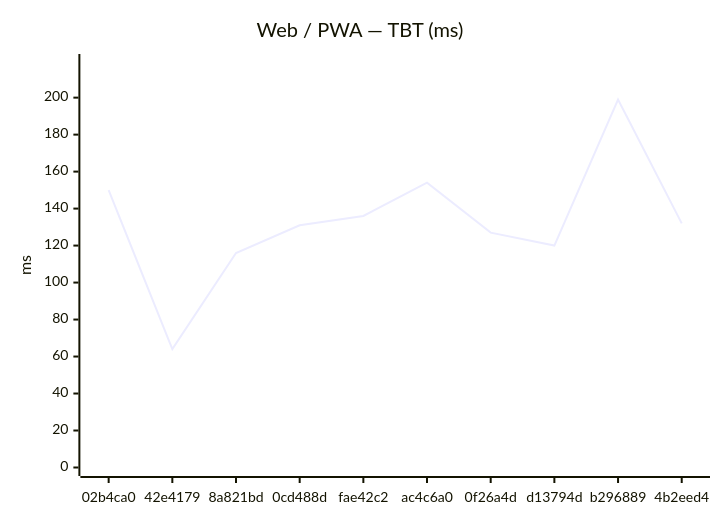
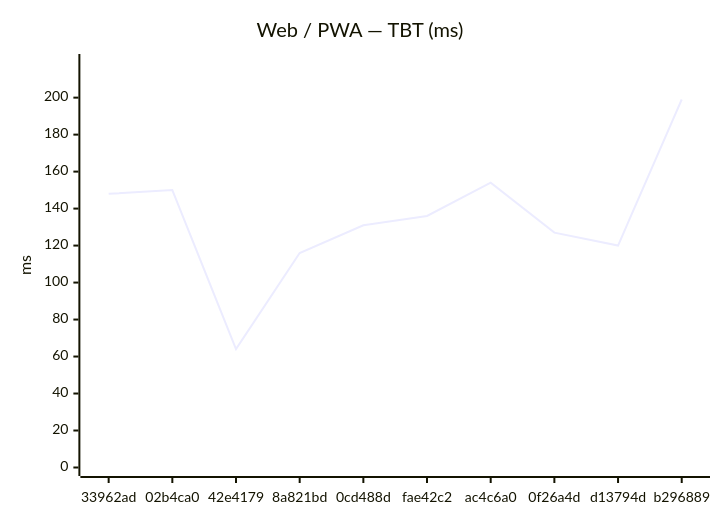
One commit to Metaheurist/Rianell changed the second of 18 diagrams in benchmarks/compare.md. Above: the diagram before and after it, drawn with Mermaid. The commit also changed other lines of this file and 11 other files, not shown here.

````diff
--- a/benchmarks/compare.md
+++ b/benchmarks/compare.md
@@ -31,7 +31,7 @@
 ```mermaid
 xychart-beta
     title "Web / PWA — TBT (ms)"
-    x-axis ["02b4ca0", "42e4179", "8a821bd", "0cd488d", "fae42c2", "ac4c6a0", "0f26a4d", "d13794d", "b296889", "4b2eed4"]
+    x-axis ["33962ad", "02b4ca0", "42e4179", "8a821bd", "0cd488d", "fae42c2", "ac4c6a0", "0f26a4d", "d13794d", "b296889"]
     y-axis "ms" 0 --> 219
-    line [150, 64, 116, 131, 136, 154, 127, 120, 199, 132]
+    line [148, 150, 64, 116, 131, 136, 154, 127, 120, 199]
 ```
````
